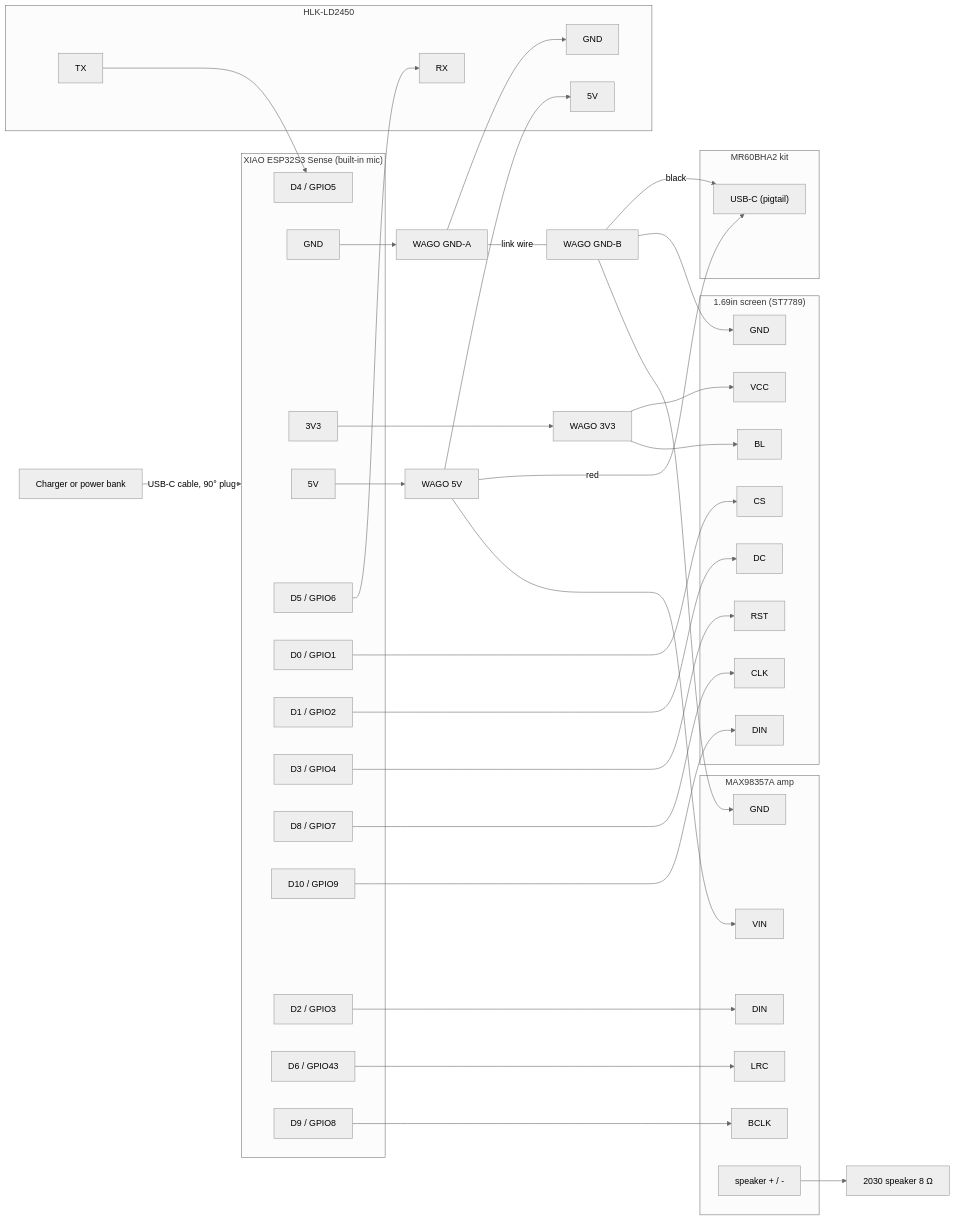
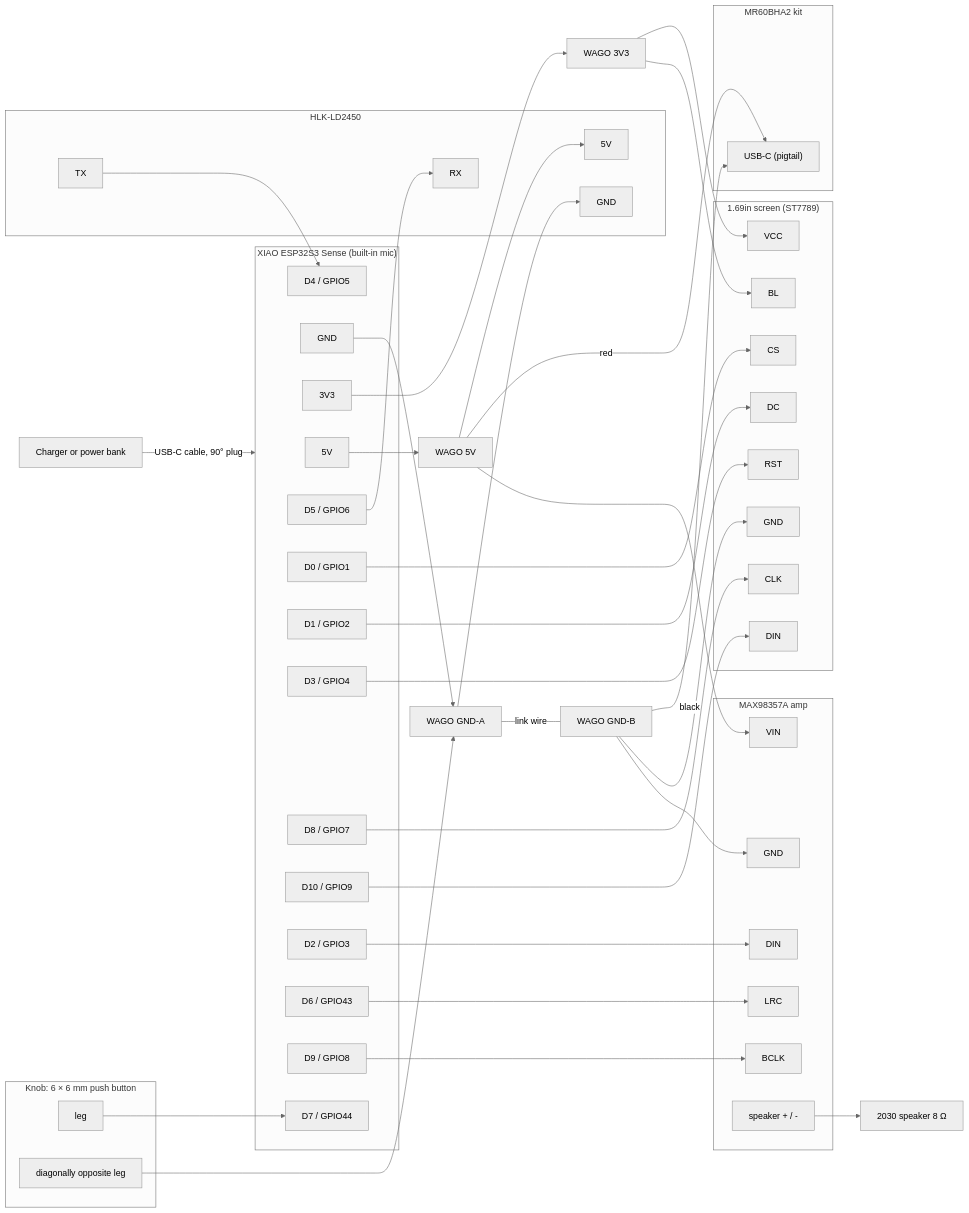
One commit to SebastienTr/Marvin changed the diagram in docs/wiring.md. Above: the diagram before and after it, drawn with Mermaid (neutral theme). The commit also changed other lines of this file and 3 other files, not shown here.

Commit message:
Docs: the orange knob on D7 (decision of 14 October 2026): a 6 × 6 mm push button to D7 and GND-A, 27 connections, in the wiring, the BOM and the XIAO bench

````diff
--- a/docs/wiring.md
+++ b/docs/wiring.md
@@ -42,52 +43,58 @@
 ```mermaid
 flowchart LR
   BANK["Charger or power bank"] -- "USB-C cable, 90° plug" --> XIAO
 
   subgraph XIAO["XIAO ESP32S3 Sense (built-in mic)"]
     P5V["5V"]; PGND["GND"]; P33["3V3"]; D4["D4 / GPIO5"]; D5["D5 / GPIO6"]
     D0["D0 / GPIO1"]; D1["D1 / GPIO2"]; D3["D3 / GPIO4"]; D8["D8 / GPIO7"]; D10["D10 / GPIO9"]
-    D2["D2 / GPIO3"]; D6["D6 / GPIO43"]; D9["D9 / GPIO8"]
+    D2["D2 / GPIO3"]; D6["D6 / GPIO43"]; D9["D9 / GPIO8"]; D7["D7 / GPIO44"]
   end
 
   W5["WAGO 5V"]; WGA["WAGO GND-A"]; WGB["WAGO GND-B"]; W33["WAGO 3V3"]
   P5V --> W5
   PGND --> WGA
   WGA -- "link wire" --- WGB
   P33 --> W33
 
   subgraph RAD["HLK-LD2450"]
     R5["5V"]; RG["GND"]; RT["TX"]; RR["RX"]
   end
   W5 --> R5
   WGA --> RG
   RT --> D4
   D5 --> RR
 
   subgraph MR["MR60BHA2 kit"]
     MU["USB-C (pigtail)"]
   end
   W5 -- "red" --> MU
   WGB -- "black" --> MU
 
   subgraph LCD["1.69in screen (ST7789)"]
     SV["VCC"]; SG["GND"]; SDIN["DIN"]; SCLK["CLK"]; SCS["CS"]; SDC["DC"]; SRST["RST"]; SBL["BL"]
   end
   W33 --> SV
   W33 --> SBL
   WGB --> SG
   D10 --> SDIN
   D8 --> SCLK
   D0 --> SCS
   D1 --> SDC
   D3 --> SRST
 
   subgraph AMP["MAX98357A amp"]
     AV["VIN"]; AG["GND"]; ABC["BCLK"]; ALR["LRC"]; ADI["DIN"]; ASP["speaker + / -"]
   end
   W5 --> AV
   WGB --> AG
   D9 --> ABC
   D6 --> ALR
   D2 --> ADI
   ASP --> SPK["2030 speaker 8 Ω"]
+
+  subgraph KNOB["Knob: 6 × 6 mm push button"]
+    KA["leg"]; KB["diagonally opposite leg"]
+  end
+  KA --> D7
+  KB --> WGA
 ```
````
